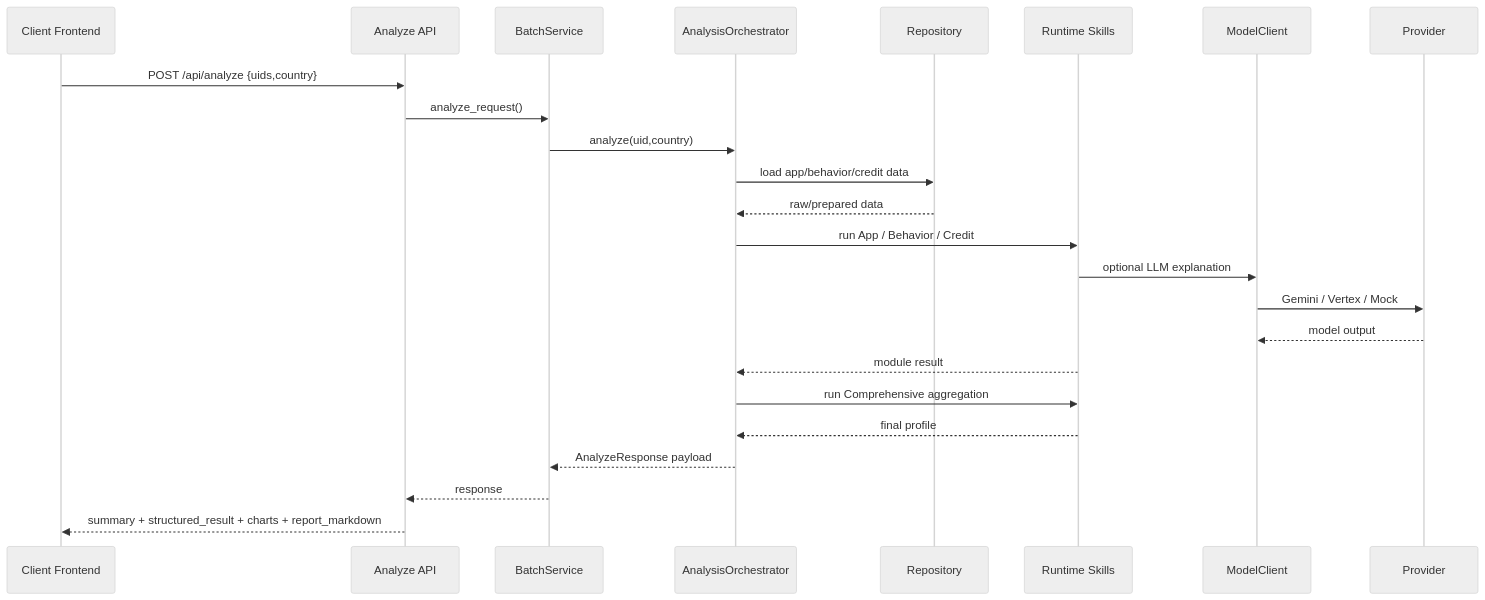
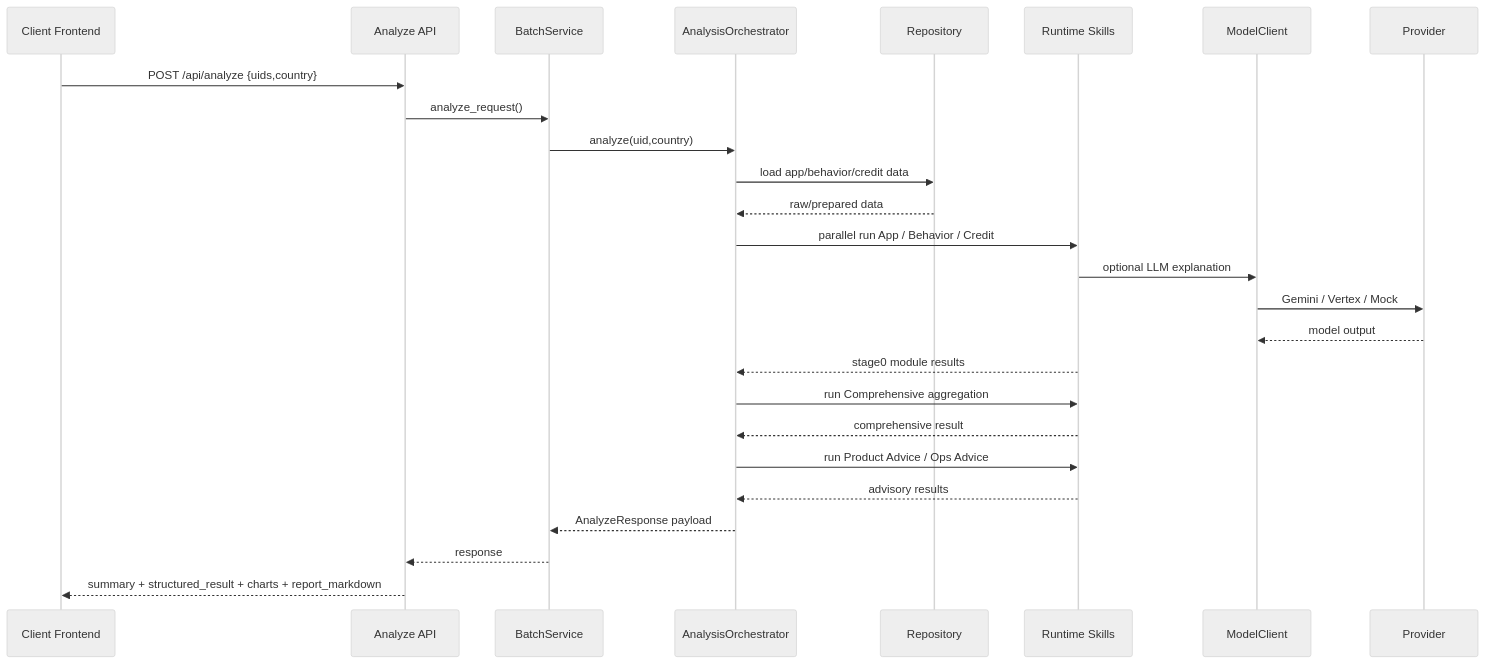
The second of 8 diagrams in README.md (lizheng33193/MAPS-LZ), drawn with Mermaid (neutral theme) before and after one commit. The commit also changed other lines of this file and 25 other files, not shown here.

````diff
--- a/README.md
+++ b/README.md
@@ -211,27 +306,29 @@
 ```mermaid
 sequenceDiagram
   participant C as Client Frontend
   participant A as Analyze API
   participant B as BatchService
   participant O as AnalysisOrchestrator
   participant R as Repository
   participant S as Runtime Skills
   participant M as ModelClient
   participant P as Provider
 
   C->>A: POST /api/analyze {uids,country}
   A->>B: analyze_request()
   B->>O: analyze(uid,country)
   O->>R: load app/behavior/credit data
   R-->>O: raw/prepared data
-  O->>S: run App / Behavior / Credit
+  O->>S: parallel run App / Behavior / Credit
   S->>M: optional LLM explanation
   M->>P: Gemini / Vertex / Mock
   P-->>M: model output
-  S-->>O: module result
+  S-->>O: stage0 module results
   O->>S: run Comprehensive aggregation
-  S-->>O: final profile
+  S-->>O: comprehensive result
+  O->>S: run Product Advice / Ops Advice
+  S-->>O: advisory results
   O-->>B: AnalyzeResponse payload
   B-->>A: response
   A-->>C: summary + structured_result + charts + report_markdown
 ```
````
